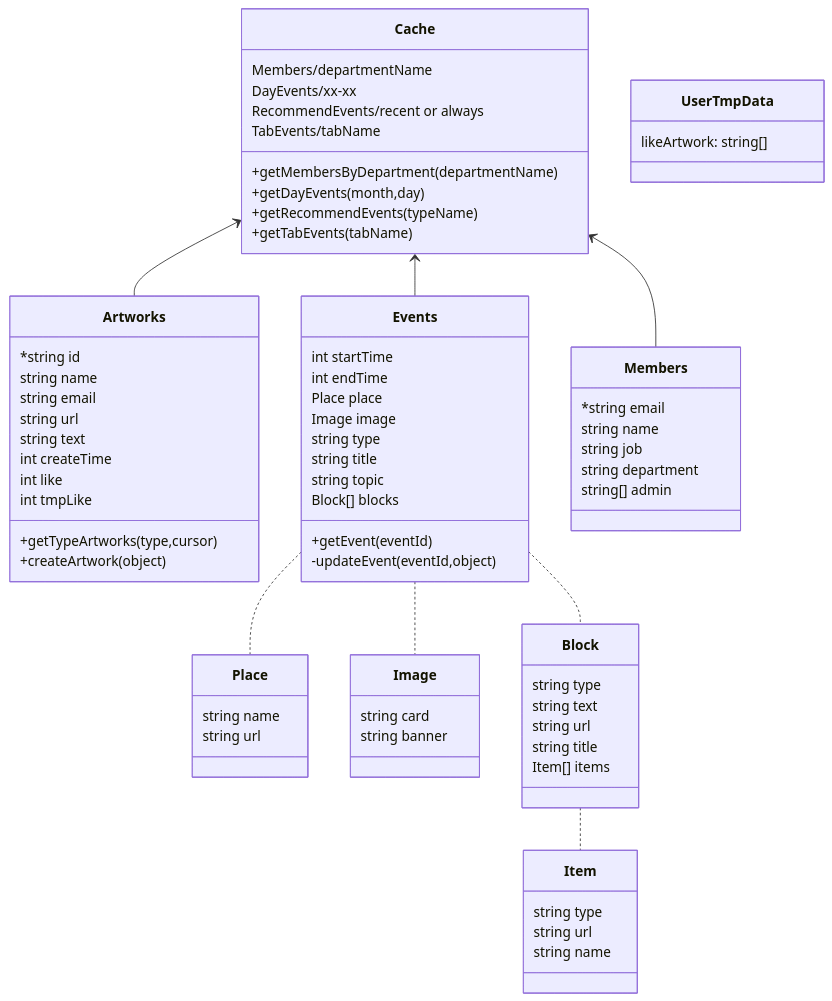
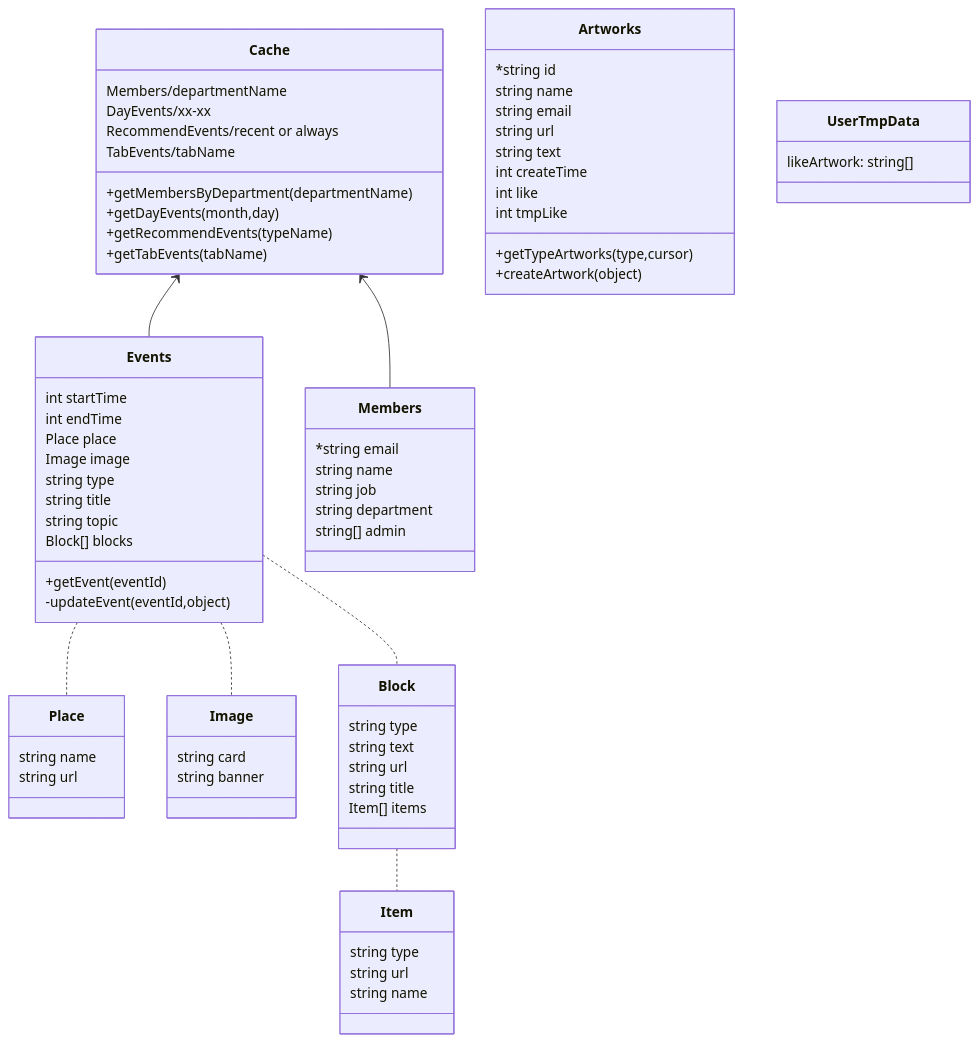
Before and after one commit to leon123858/ntuaf: the diagram in middleware/ntuaf-sdk/README.md, drawn with Mermaid.

````diff
--- a/middleware/ntuaf-sdk/README.md
+++ b/middleware/ntuaf-sdk/README.md
@@ -9,72 +9,71 @@
 ```mermaid
 classDiagram
-    Cache <-- Artworks
     Cache <-- Events
     Cache <-- Members
     Cache: Members/departmentName
     Cache: DayEvents/xx-xx
     Cache: RecommendEvents/recent or always
     Cache: TabEvents/tabName
     Cache: +getMembersByDepartment(departmentName)
     Cache: +getDayEvents(month,day)
     Cache: +getRecommendEvents(typeName)
     Cache: +getTabEvents(tabName)
     class Artworks{
       *string id
       string name
       string email
       string url
       string text
       int createTime
       int like
       int tmpLike
       +getTypeArtworks(type,cursor)
       +createArtwork(object)
     }
     class Events{
       int startTime
       int endTime
       Place place
       Image image
       string type
       string title
       string topic
       Block[] blocks
       +getEvent(eventId)
       -updateEvent(eventId,object)
     }
     Events .. Place
     Events .. Image
     Events .. Block
     class Place{
       string name
       string url
     }
     class Image{
       string card
       string banner
     }
     class Block{
       string type
       string text
       string url
       string title
       Item[] items
     }
     Block .. Item
     class Item{
         string type
         string url
         string name
     }
     class Members{
       *string email
       string name
       string job
       string department
       string[] admin
     }
     class UserTmpData{
         likeArtwork: string[]
     }
 ```
````
